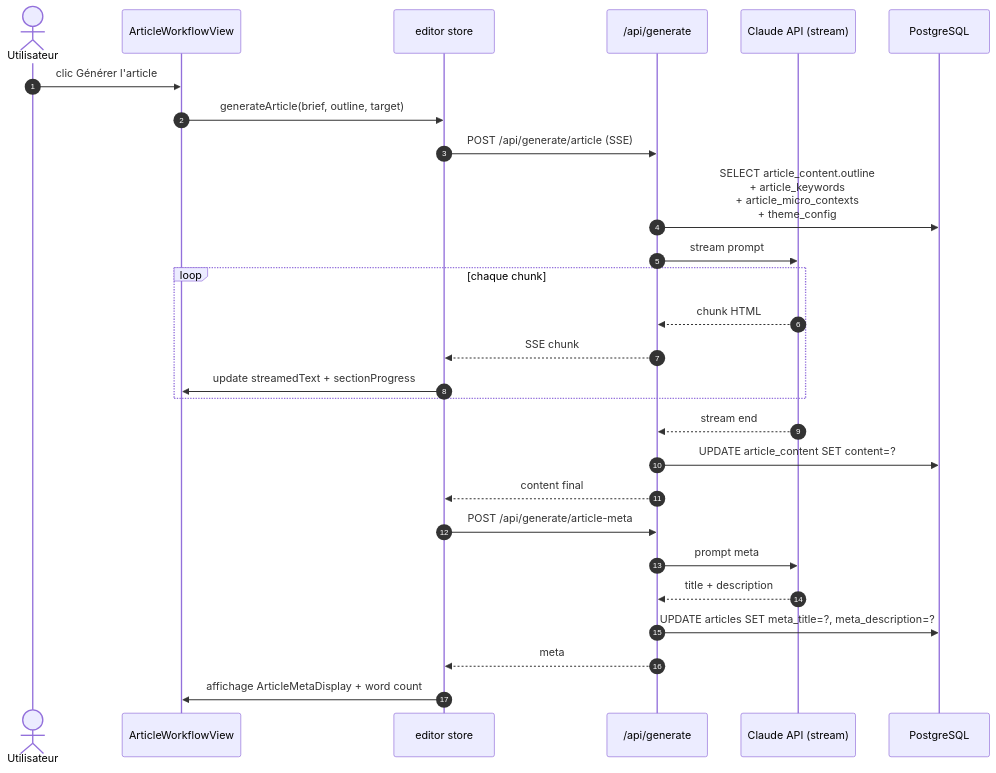
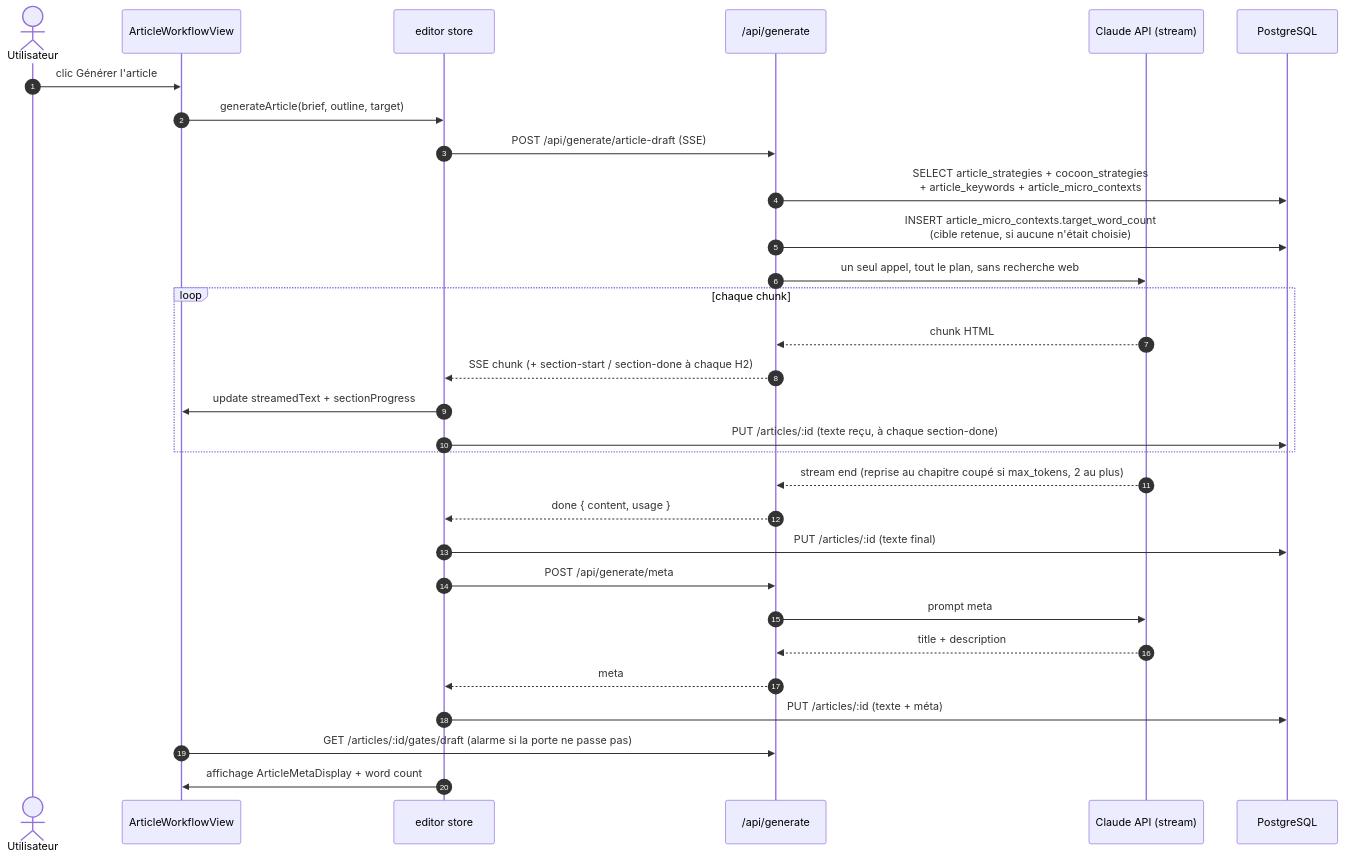
Before and after one commit to annubis-knight/Blog_Redactor_SEO: the seventh of 8 diagrams in docs/ui-sections-guide.md, drawn with Mermaid. The commit also changed other lines of this file and 11 other files, not shown here.

````diff
--- a/docs/ui-sections-guide.md
+++ b/docs/ui-sections-guide.md
@@ -1166,31 +1184,34 @@
 ```mermaid
 sequenceDiagram
     autonumber
     actor U as Utilisateur
     participant AV as ArticleWorkflowView
     participant ES as editor store
     participant API as /api/generate
     participant Claude as Claude API (stream)
     participant DB as PostgreSQL
 
     U->>AV: clic Générer l'article
     AV->>ES: generateArticle(brief, outline, target)
-    ES->>API: POST /api/generate/article (SSE)
-    API->>DB: SELECT article_content.outline<br/>+ article_keywords<br/>+ article_micro_contexts<br/>+ theme_config
-    API->>Claude: stream prompt
+    ES->>API: POST /api/generate/article-draft (SSE)
+    API->>DB: SELECT article_strategies + cocoon_strategies<br/>+ article_keywords + article_micro_contexts
+    API->>DB: INSERT article_micro_contexts.target_word_count<br/>(cible retenue, si aucune n'était choisie)
+    API->>Claude: un seul appel, tout le plan, sans recherche web
     loop chaque chunk
         Claude-->>API: chunk HTML
-        API-->>ES: SSE chunk
+        API-->>ES: SSE chunk (+ section-start / section-done à chaque H2)
         ES->>AV: update streamedText + sectionProgress
+        ES->>DB: PUT /articles/:id (texte reçu, à chaque section-done)
     end
-    Claude-->>API: stream end
-    API->>DB: UPDATE article_content SET content=?
-    API-->>ES: content final
+    Claude-->>API: stream end (reprise au chapitre coupé si max_tokens, 2 au plus)
+    API-->>ES: done { content, usage }
+    ES->>DB: PUT /articles/:id (texte final)
 
-    ES->>API: POST /api/generate/article-meta
+    ES->>API: POST /api/generate/meta
     API->>Claude: prompt meta
     Claude-->>API: title + description
-    API->>DB: UPDATE articles SET meta_title=?, meta_description=?
     API-->>ES: meta
+    ES->>DB: PUT /articles/:id (texte + méta)
+    AV->>API: GET /articles/:id/gates/draft (alarme si la porte ne passe pas)
     ES->>AV: affichage ArticleMetaDisplay + word count
 ```
````
